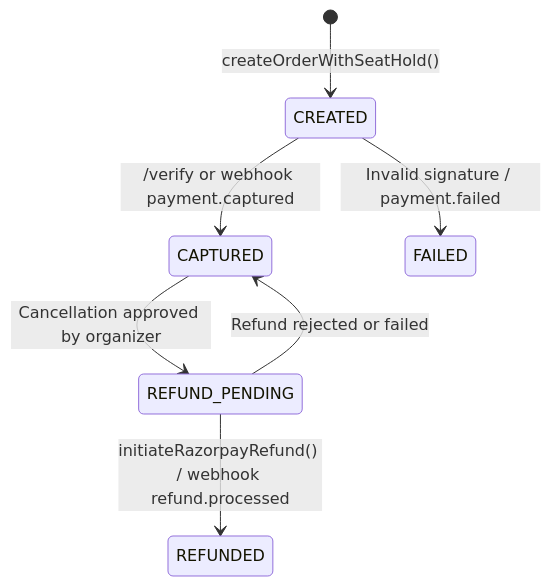
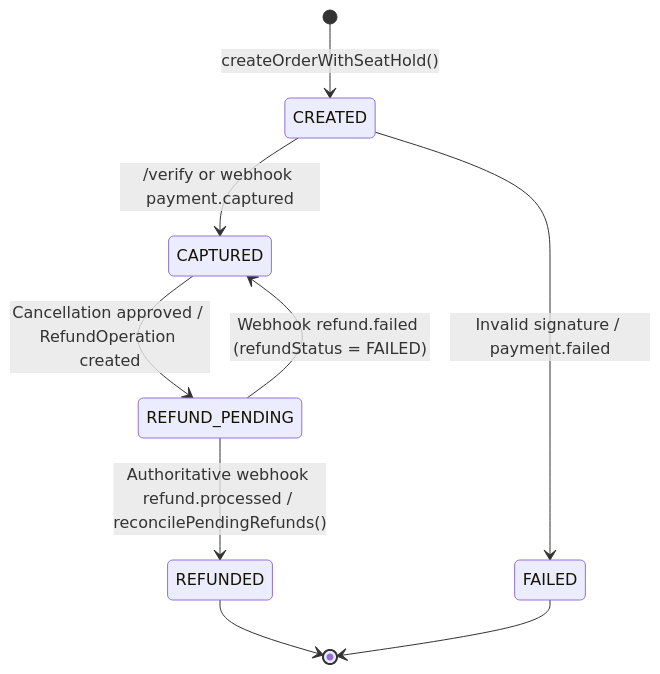
Before and after one commit to OmSardar/Eventora: the second of 2 diagrams in Docs/09-production-readiness/razorpay-test-mode-implementation.md, drawn with Mermaid. The commit also changed other lines of this file and 9 other files, not shown here.

Commit message:
fix(payments): implement idempotent refund lifecycle, durable RefundOperation, authoritative webhook confirmation, and atomic seat accounting

````diff
--- a/Docs/09-production-readiness/razorpay-test-mode-implementation.md
+++ b/Docs/09-production-readiness/razorpay-test-mode-implementation.md
@@ -112,9 +112,11 @@
 ```mermaid
 stateDiagram-v2
     [*] --> CREATED: createOrderWithSeatHold()
     CREATED --> CAPTURED: /verify or webhook payment.captured
     CREATED --> FAILED: Invalid signature / payment.failed
-    CAPTURED --> REFUND_PENDING: Cancellation approved by organizer
-    REFUND_PENDING --> REFUNDED: initiateRazorpayRefund() / webhook refund.processed
-    REFUND_PENDING --> CAPTURED: Refund rejected or failed
+    CAPTURED --> REFUND_PENDING: Cancellation approved / RefundOperation created
+    REFUND_PENDING --> REFUNDED: Authoritative webhook refund.processed / reconcilePendingRefunds()
+    REFUND_PENDING --> CAPTURED: Webhook refund.failed (refundStatus = FAILED)
+    REFUNDED --> [*]
+    FAILED --> [*]
 ```
````
